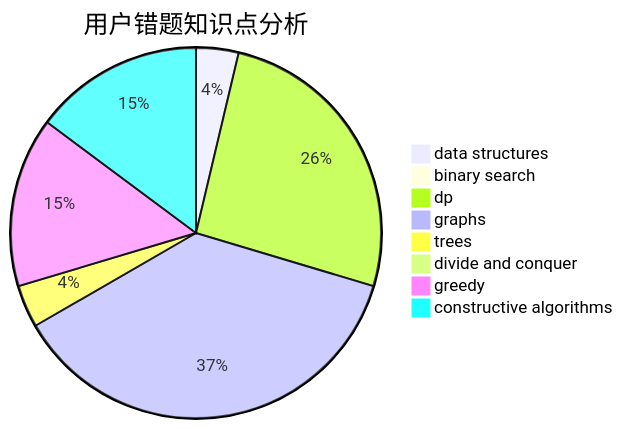
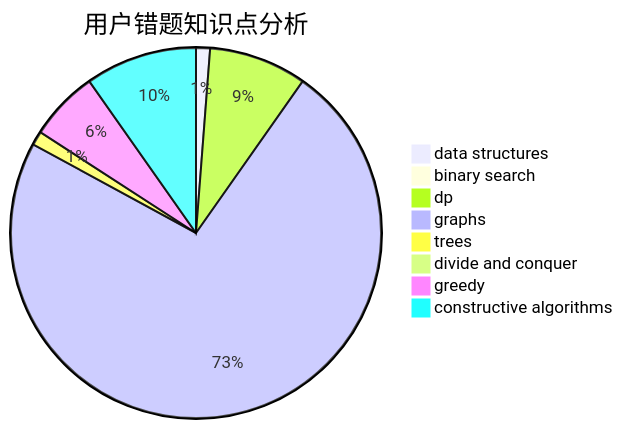
Before and after one commit to sherpahu/cfrs.github.io: the third of 3 diagrams in docs/user/u1487.md, drawn with Mermaid. The commit also changed other lines of this file and 2770 other files, not shown here.

````diff
--- a/docs/user/u1487.md
+++ b/docs/user/u1487.md
@@ -36,11 +36,11 @@
 ```mermaid
 pie title 用户错题知识点分析
     "data structures" :  1
     "binary search" :  0
     "dp" :  7
-    "graphs" :  10
+    "graphs" :  60
     "trees" :  1
     "divide and conquer" :  0
-    "greedy" :  4
-    "constructive algorithms" :  4
+    "greedy" :  5
+    "constructive algorithms" :  8
 ```
````
